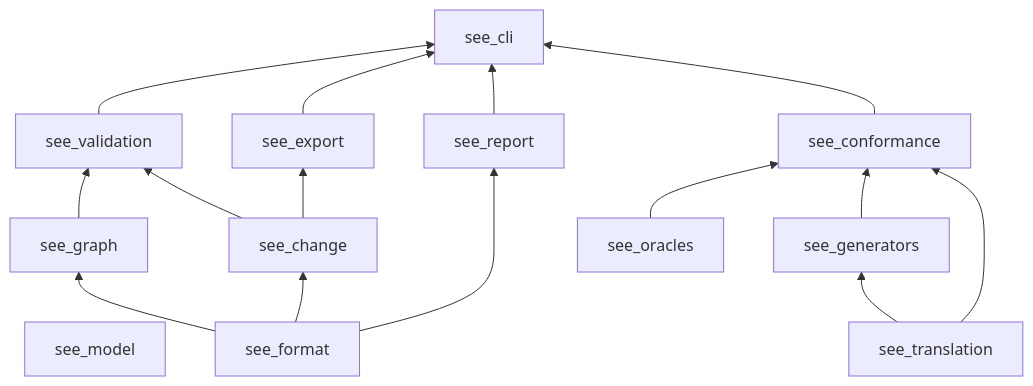
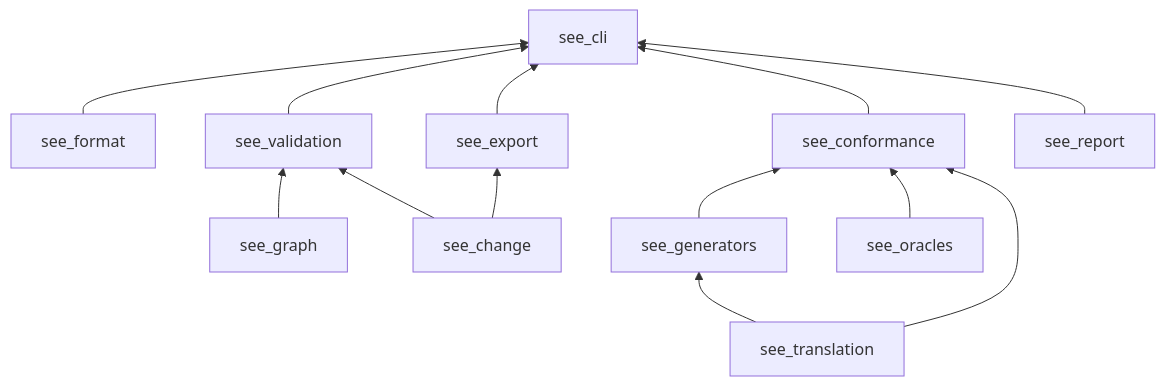
One commit to cgutieco/pseudolearn changed the second of 3 diagrams in packages/pseudolearn_spec/README.md. Above: the diagram before and after it, drawn with Mermaid. The commit also changed other lines of this file and 14 other files, not shown here.

Commit message:
docs(README): enhance clarity and structure of architecture and operational guidelines sections

````diff
--- a/packages/pseudolearn_spec/README.md
+++ b/packages/pseudolearn_spec/README.md
@@ -37,18 +39,15 @@
 ```mermaid
 flowchart BT
-    model["see_model"]
-    fmt["see_format"] --> grf["see_graph"]
-    fmt --> chg["see_change"]
-    grf --> val["see_validation"]
-    chg --> val
+    fmt["see_format"] --> cli["see_cli"]
+    grf["see_graph"] --> val["see_validation"]
+    chg["see_change"] --> val
     chg --> exp["see_export"]
     trn["see_translation"] --> gen["see_generators"]
     trn --> conf["see_conformance"]
     gen --> conf
     orc["see_oracles"] --> conf
-    fmt --> rep["see_report"]
-    val --> cli["see_cli"]
+    val --> cli
     conf --> cli
     exp --> cli
-    rep --> cli
+    rep["see_report"] --> cli
 ```
````
